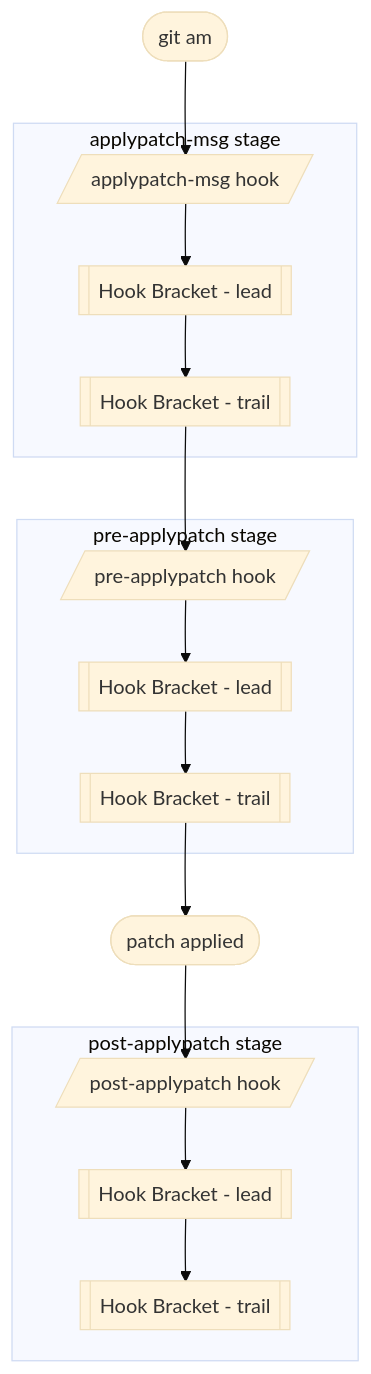
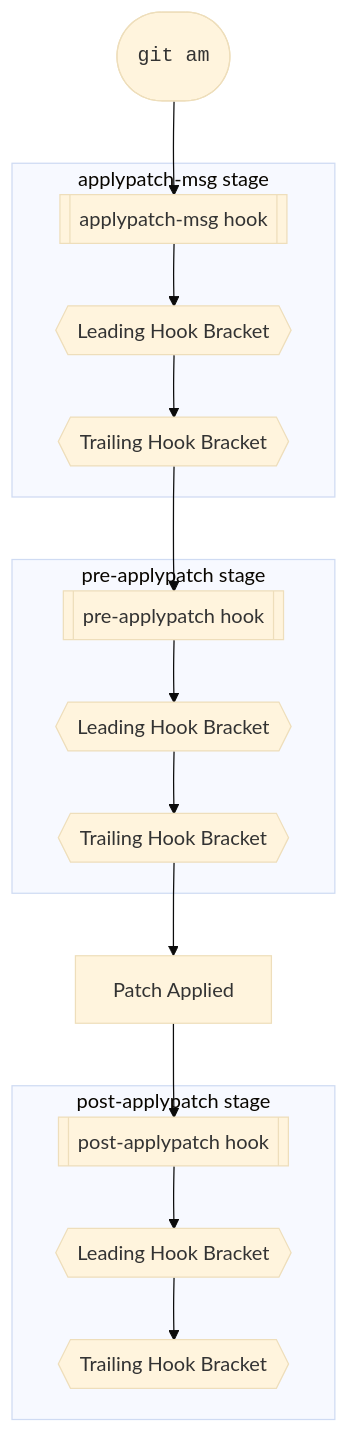
The third of 3 diagrams in docs/chain_doc.md (kami-lel/hupy), drawn with Mermaid (base theme) before and after one commit. The commit also changed other lines of this file, not shown here.

First line of the commit message:
docs: rewrite commit chain diagrams—split Regular/Merge flowcharts

````diff
--- a/docs/chain_doc.md
+++ b/docs/chain_doc.md
@@ -327,27 +297,25 @@
 ```mermaid
 flowchart TD
-    am([git am])
+    A([<pre><code>git am</code></pre>])
 
-    %% applypatch-msg stage
-    subgraph applypatchmsg [applypatch-msg stage]
-        amsg[/applypatch-msg hook/] --> lead4[[Hook Bracket - lead]]
-        lead4 --> trail4[[Hook Bracket - trail]]
+    subgraph B [applypatch-msg stage]
+        amsg[[applypatch-msg hook]] --> lead4{{Leading Hook Bracket}}
+        lead4 --> trail4{{Trailing Hook Bracket}}
     end
 
-    %% pre-applypatch stage
+    A --> amsg
+
     subgraph preapplypatch [pre-applypatch stage]
-        preap[/pre-applypatch hook/] --> lead5[[Hook Bracket - lead]]
-        lead5 --> trail5[[Hook Bracket - trail]]
+        preap[[pre-applypatch hook]] --> lead5{{Leading Hook Bracket}}
+        lead5 --> trail5{{Trailing Hook Bracket}}
     end
+    trail4 --> preap
 
-    %% post-applypatch stage
+    trail5 --> applied[Patch Applied]
+
     subgraph postapplypatch [post-applypatch stage]
-        postap[/post-applypatch hook/] --> lead6[[Hook Bracket - lead]]
-        lead6 --> trail6[[Hook Bracket - trail]]
+        postap[[post-applypatch hook]] --> lead6{{Leading Hook Bracket}}
+        lead6 --> trail6{{Trailing Hook Bracket}}
     end
-
-    am --> amsg
-    trail4 --> preap
-    trail5 --> applied([patch applied])
     applied --> postap
 ```
````
